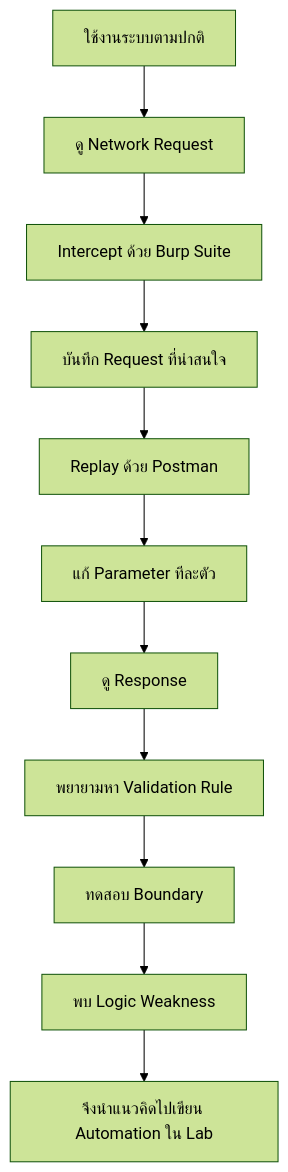
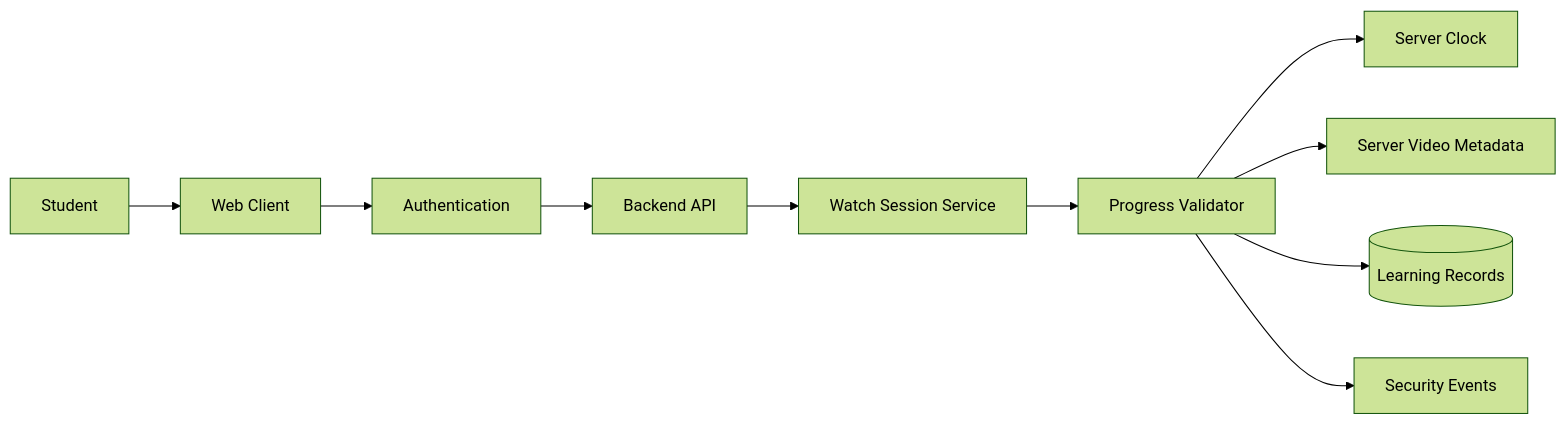
One commit to ntdotjsx/ovec-bypass changed the fifth of 5 diagrams in README.md. Above: the diagram before and after it, drawn with Mermaid (forest theme). The commit also changed other lines of this file, not shown here.

````diff
--- a/README.md
+++ b/README.md
@@ -308,24 +955,22 @@
 ```mermaid
-flowchart TD
+flowchart LR
 
-    A[ใช้งานระบบตามปกติ]
-    --> B[ดู Network Request]
+    USER[Student]
+    --> CLIENT[Web Client]
 
-    B --> C[Intercept ด้วย Burp Suite]
+    CLIENT --> AUTH[Authentication]
 
-    C --> D[บันทึก Request ที่น่าสนใจ]
+    AUTH --> API[Backend API]
 
-    D --> E[Replay ด้วย Postman]
+    API --> WATCH[Watch Session Service]
 
-    E --> F[แก้ Parameter ทีละตัว]
+    WATCH --> VALIDATOR[Progress Validator]
 
-    F --> G[ดู Response]
+    VALIDATOR --> TIME[Server Clock]
 
-    G --> H[พยายามหา Validation Rule]
+    VALIDATOR --> META[Server Video Metadata]
 
-    H --> I[ทดสอบ Boundary]
+    VALIDATOR --> DB[(Learning Records)]
 
-    I --> J[พบ Logic Weakness]
-
-    J --> K[จึงนำแนวคิดไปเขียน Automation ใน Lab]
+    VALIDATOR --> SECURITY[Security Events]
 ```
````
